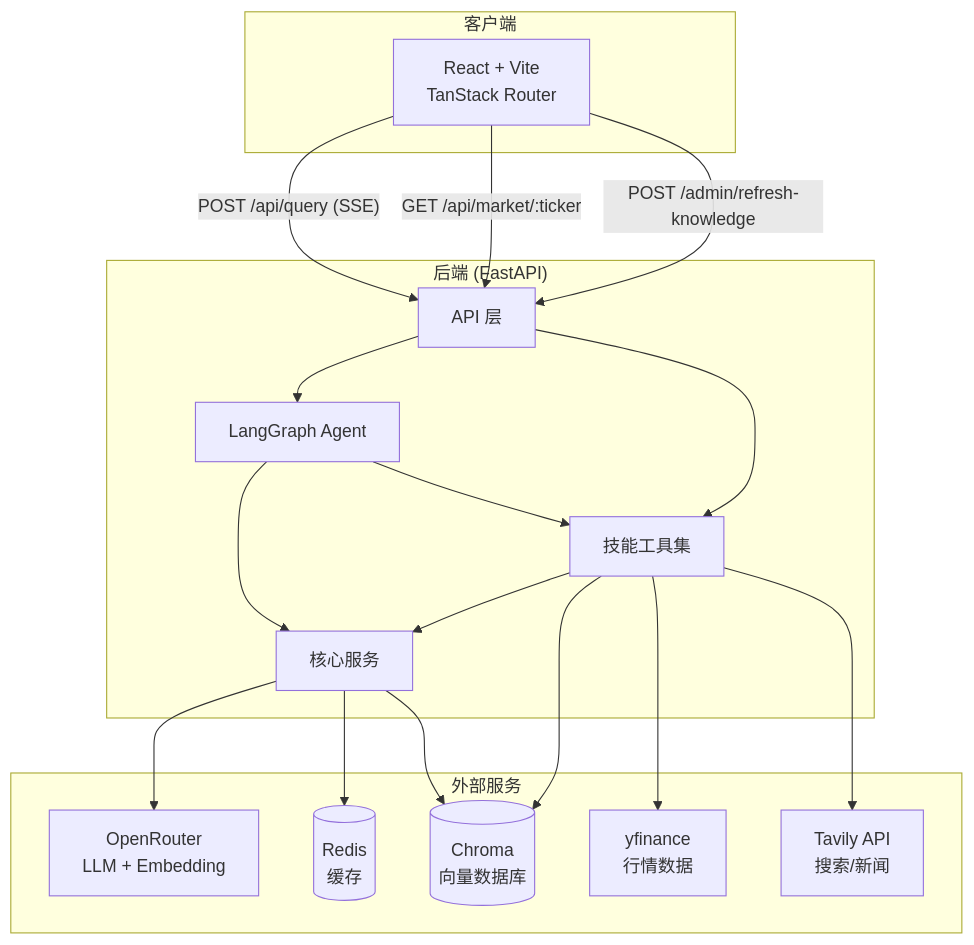
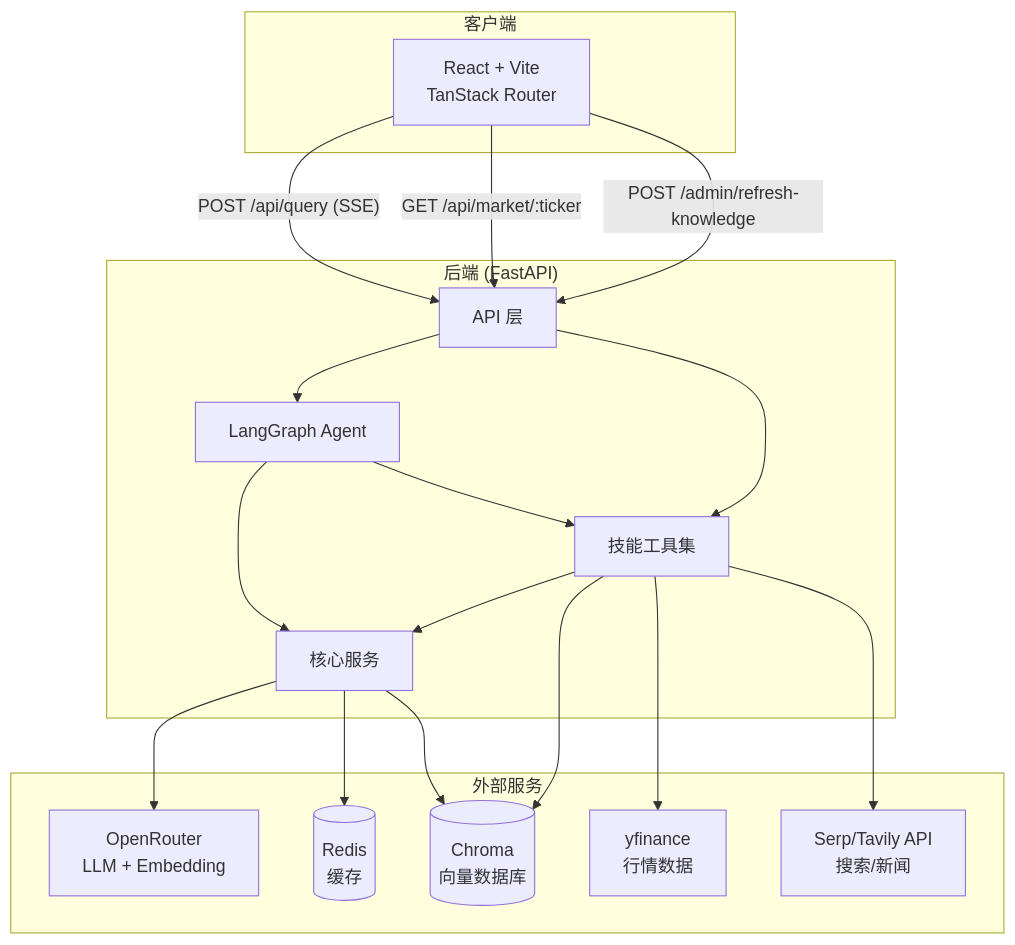
One commit to frozenghost/FinanceQA changed the first of 2 diagrams in README.md. Above: the diagram before and after it, drawn with Mermaid. The commit also changed other lines of this file and 3 other files, not shown here.

````diff
--- a/README.md
+++ b/README.md
@@ -95,37 +95,37 @@
 ```mermaid
 flowchart TB
     subgraph Client["客户端"]
         UI[React + Vite<br>TanStack Router]
     end
 
     subgraph Backend["后端 (FastAPI)"]
         API[API 层]
         Agent[LangGraph Agent]
         Svc[核心服务]
         Skills[技能工具集]
         API --> Agent
         API --> Skills
         Agent --> Svc
         Agent --> Skills
         Skills --> Svc
     end
 
     subgraph External["外部服务"]
         OpenRouter[OpenRouter<br>LLM + Embedding]
         Redis[(Redis<br>缓存)]
         Chroma[(Chroma<br>向量数据库)]
         Yahoo[yfinance<br>行情数据]
-        Tavily[Tavily API<br>搜索/新闻]
+        Serp/Tavily[Serp/Tavily API<br>搜索/新闻]
     end
 
     UI -->|"POST /api/query (SSE)"| API
     UI -->|"GET /api/market/:ticker"| API
     UI -->|"POST /admin/refresh-knowledge"| API
 
     Svc --> OpenRouter
     Svc --> Redis
     Skills --> Chroma
     Skills --> Yahoo
-    Skills --> Tavily
+    Skills --> Serp/Tavily
     Svc --> Chroma
 ```
````
